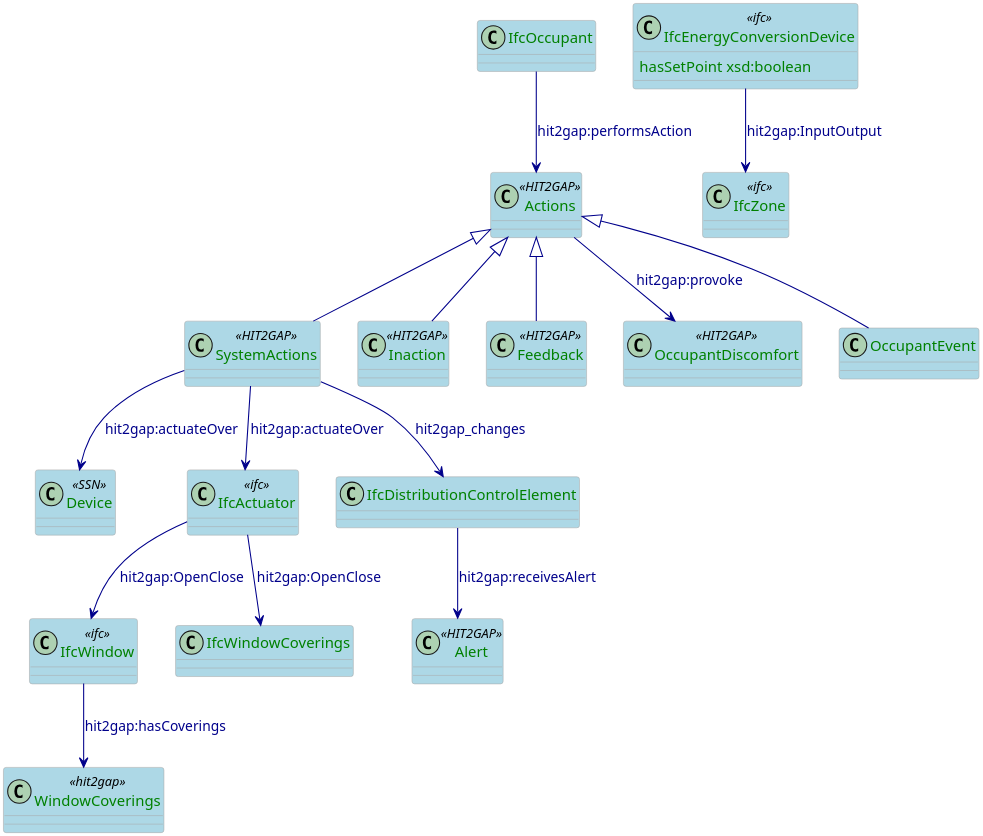
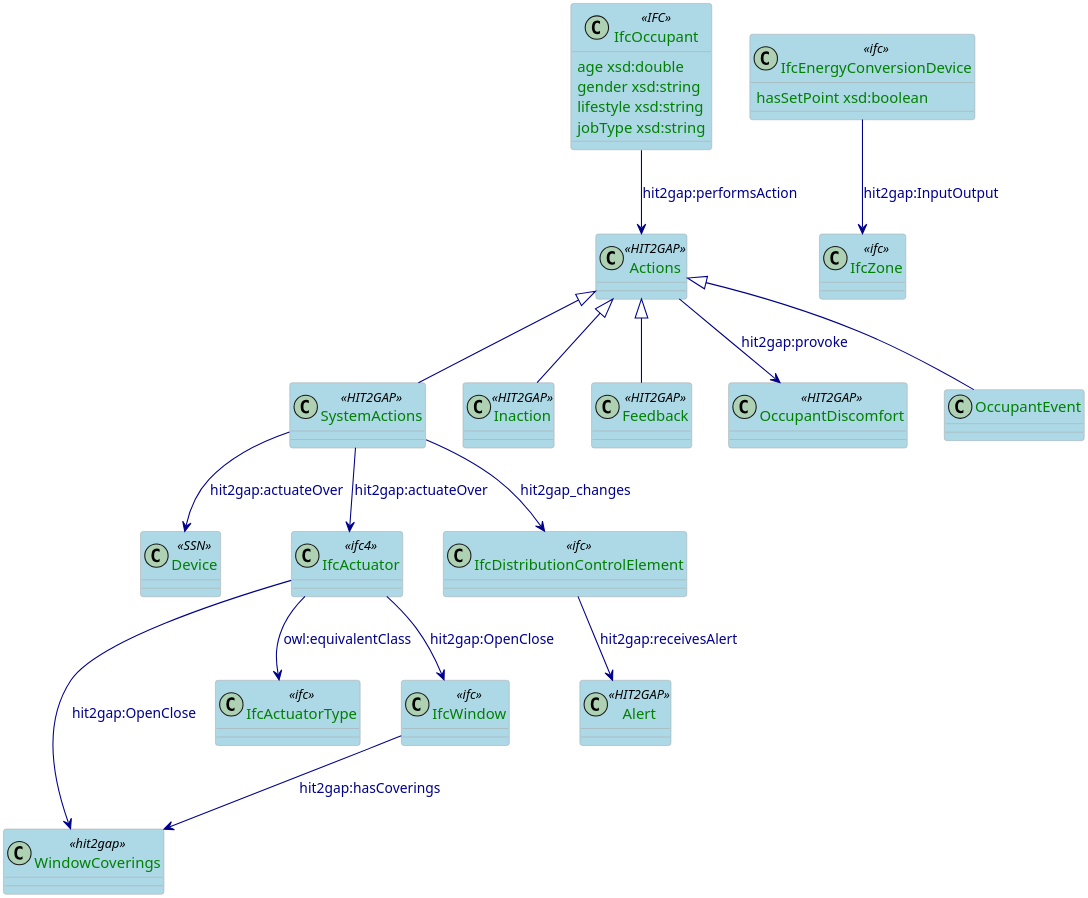
Before and after one commit to HIT2GAP-EU-PROJECT/BEMOnt: the diagram in docs/plantuml/ActionSpecification.puml, drawn with PlantUML.

```diff
--- a/docs/plantuml/ActionSpecification.puml
+++ b/docs/plantuml/ActionSpecification.puml
@@ -1,72 +1,84 @@
 @startuml
 
 skinparam class {
   ArrowColor DarkBlue
   ArrowFontColor DarkBlue
   BackgroundColor LightBlue
   BorderColor DarkGrey
 }
 skinparam dpi 300
 skinparam stereotypeCBackgroundColor Wheat
 skinparam classAttributeFontColor  Green
 
 class Actions <<HIT2GAP>>{
 
 }
 
 class SystemActions<<HIT2GAP>>{
 
 }
 
 class Device <<SSN>>{
 
 }
 
 class Alert <<HIT2GAP>>{
 
 }
 
 class Inaction <<HIT2GAP>>{
 
 }
 
 class Feedback <<HIT2GAP>>{
 
 }
 
 
 class OccupantDiscomfort <<HIT2GAP>>{
 
 }
 
 class WindowCoverings <<hit2gap>> 
 
 
-class IfcActuator <<ifc>>
+class IfcActuator <<ifc4>>
+class IfcActuatorType <<ifc>>
+
 class IfcWindow <<ifc>>
 class IfcZone <<ifc>>
+
+class IfcDistributionControlElement <<ifc>>
+
 class IfcEnergyConversionDevice <<ifc>> {
   hasSetPoint xsd:boolean
 }
 
-
+class IfcOccupant <<IFC>>{
+  age xsd:double
+  gender xsd:string
+  lifestyle xsd:string
+  jobType xsd:string
+}
 
 Actions <|-- SystemActions
 Actions <|-- Inaction
 
 Actions <|-- Feedback
 Actions <|-- OccupantEvent
 
 Actions --> OccupantDiscomfort: hit2gap:provoke
 SystemActions --> IfcDistributionControlElement:hit2gap_changes
 IfcDistributionControlElement --> Alert: hit2gap:receivesAlert
 SystemActions --> Device: hit2gap:actuateOver
 SystemActions --> IfcActuator: hit2gap:actuateOver
 IfcOccupant --> Actions: hit2gap:performsAction
 IfcWindow --> WindowCoverings: hit2gap:hasCoverings
 IfcActuator --> IfcWindow: hit2gap:OpenClose
-IfcActuator --> IfcWindowCoverings: hit2gap:OpenClose
+IfcActuator --> WindowCoverings: hit2gap:OpenClose
 IfcEnergyConversionDevice --> IfcZone: hit2gap:InputOutput
+
+IfcActuator --> IfcActuatorType: owl:equivalentClass
 
 
 @enduml
```
